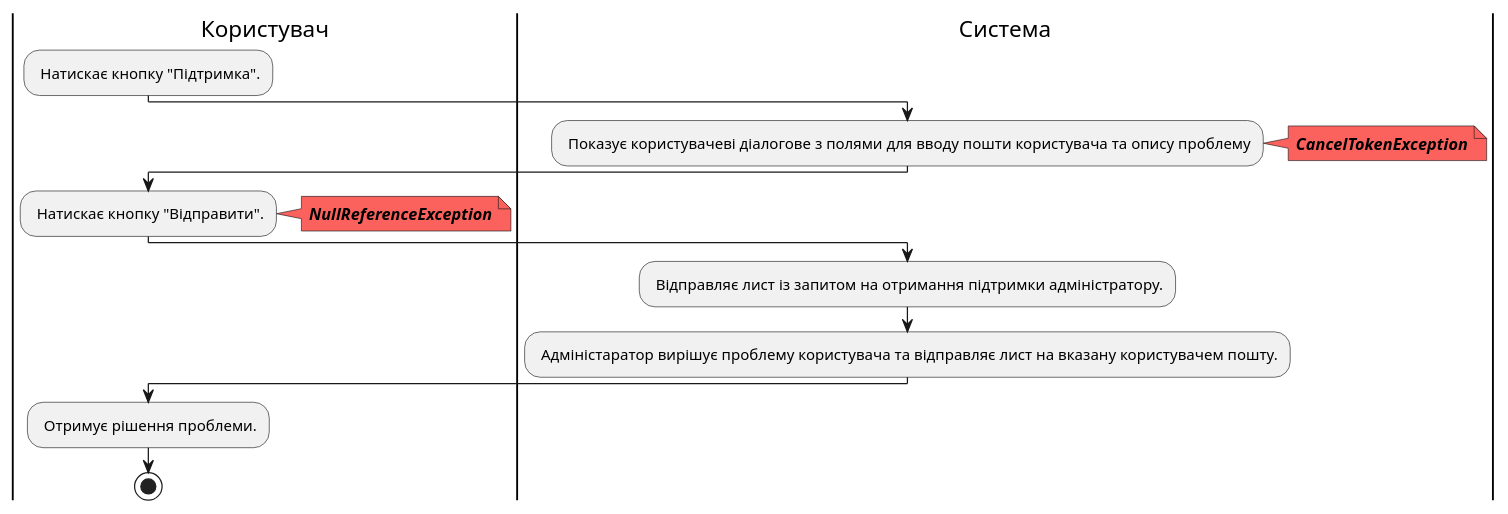
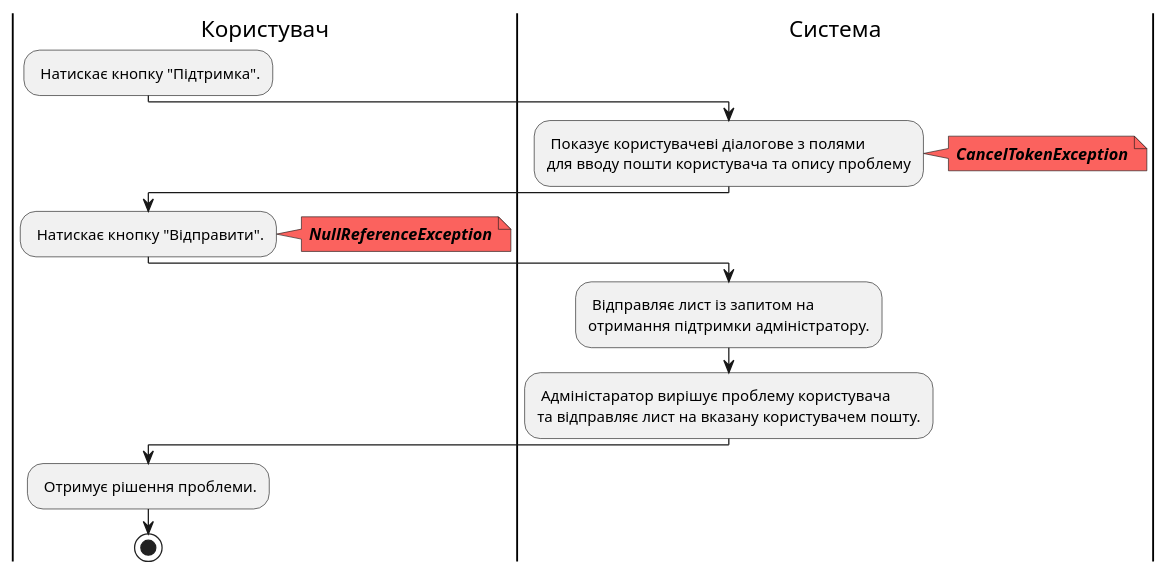
Diagram 19 of 19 in docs/use cases/README.md (stbestichhh/db_project-manager), drawn with PlantUML before and after one commit. The commit also changed other lines of this file, not shown here.

Commit message:
Fixed diagrams

```diff
--- a/docs/use cases/README.md
+++ b/docs/use cases/README.md
@@ -681,26 +689,29 @@
 @startuml
 
 |Користувач|
 : Натискає кнопку "Підтримка".;
 
 |Cистема|
-: Показує користувачеві діалогове з полями для вводу пошти користувача та опису проблему;
+: Показує користувачеві діалогове з полями 
+для вводу пошти користувача та опису проблему;
 note right #fb625e
 <b><i>CancelTokenException
 end note
 
 |Користувач|
 : Натискає кнопку "Відправити".;
 note right #fb625e
 <b><i>NullReferenceException
 end note
 
 |Cистема|
-: Відправляє лист із запитом на отримання підтримки адміністратору.;
-: Адміністаратор вирішує проблему користувача та відправляє лист на вказану користувачем пошту.;
+: Відправляє лист із запитом на 
+отримання підтримки адміністратору.;
+: Адміністаратор вирішує проблему користувача 
+та відправляє лист на вказану користувачем пошту.;
 
 |Користувач|
 : Отримує рішення проблеми.;
 stop;
 
 @enduml
```
